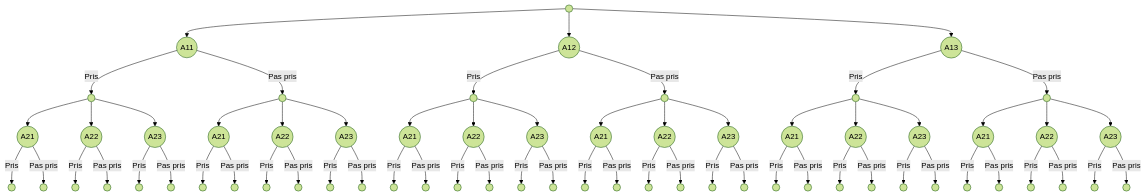
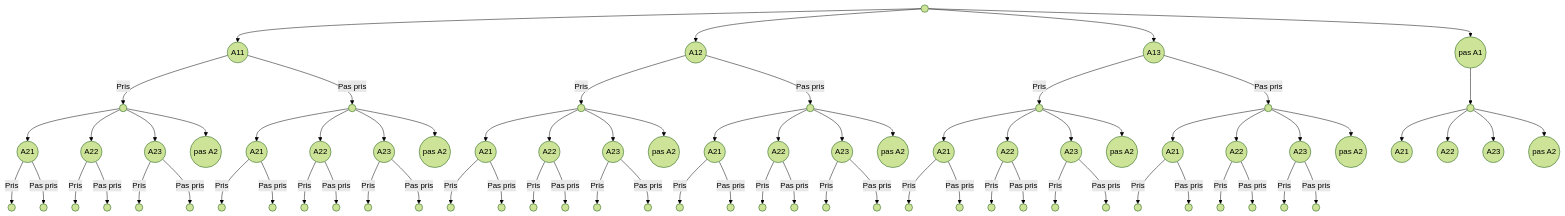
The diagram in README.md (VTrelat/DecisionSupport), drawn with Mermaid (forest theme) before and after one commit.

```diff
--- a/README.md
+++ b/README.md
@@ -119,10 +119,12 @@
   A11((A11))
   A12((A12))
   A13((A13))
+  A14((pas A1))
 
   R --> A11
   R --> A12
   R --> A13
+  R --> A14
 
   A11 -->|Pris| A11_1(( ))
   A11 -->|Pas pris| A11_0(( ))
@@ -130,25 +132,36 @@
   A12 -->|Pas pris| A12_0(( ))
   A13 -->|Pris| A13_1(( ))
   A13 -->|Pas pris| A13_0(( ))
+  A14 --> A14_0(( ))
 
   A11_1 --> N1((A21))
   A11_1 --> N2((A22))
   A11_1 --> N3((A23))
+  A11_1 --> N3n((pas A2))
   A11_0 --> N4((A21))
   A11_0 --> N5((A22))
   A11_0 --> N6((A23))
+  A11_0 --> N6n((pas A2))
   A12_1 --> N7((A21))
   A12_1 --> N8((A22))
   A12_1 --> N9((A23))
+  A12_1 --> N9n((pas A2))
   A12_0 --> N10((A21))
   A12_0 --> N11((A22))
   A12_0 --> N12((A23))
+  A12_0 --> N12n((pas A2))
   A13_1 --> N13((A21))
   A13_1 --> N14((A22))
   A13_1 --> N15((A23))
+  A13_1 --> N15n((pas A2))
   A13_0 --> N16((A21))
   A13_0 --> N17((A22))
   A13_0 --> N18((A23))
+  A13_0 --> N18n((pas A2))
+  A14_0 --> N19((A21))
+  A14_0 --> N20((A22))
+  A14_0 --> N21((A23))
+  A14_0 --> N21n((pas A2))
 
   N1 -->|Pris| N1_1(( ))
   N1 -->|Pas pris| N1_0(( ))
```
